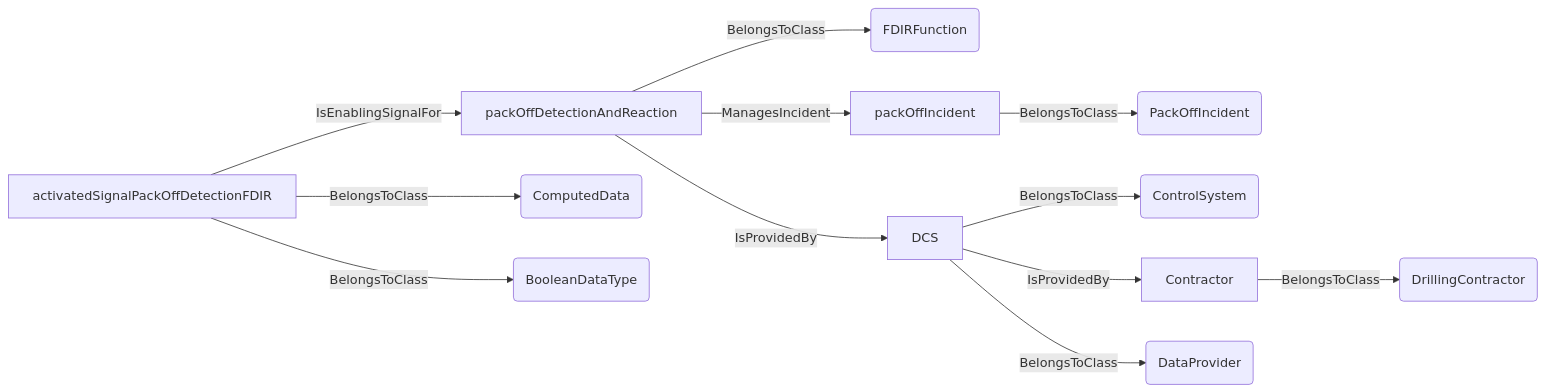
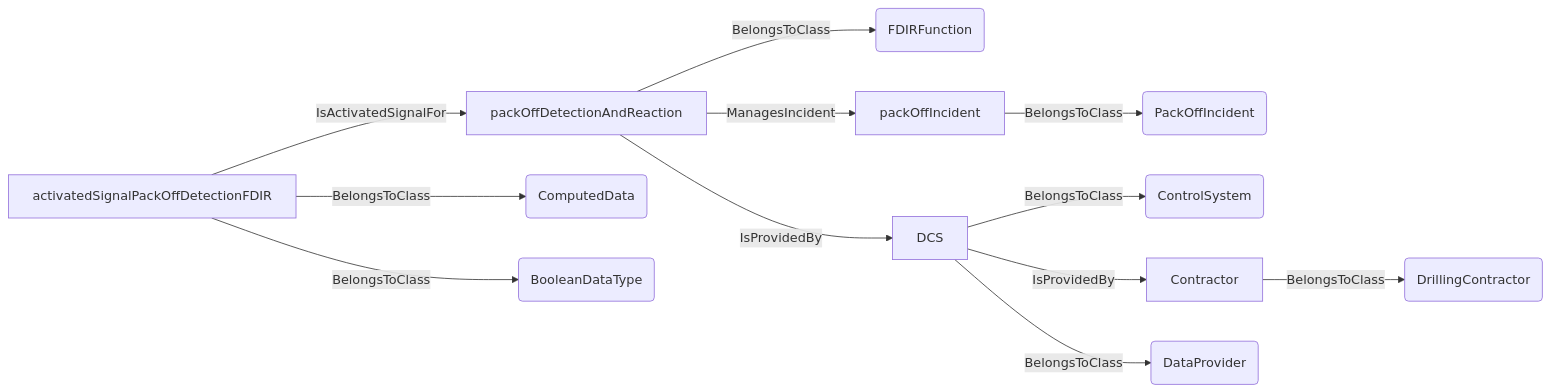
Before and after one commit to D-WIS/DDHub-Semantic-Interoperability: diagram 12 of 21 in docs/vocabulary_development/auto-generated/md/definition-files/ADCS.md, drawn with Mermaid. The commit also changed other lines of this file and 8 other files, not shown here.

````diff
--- a/docs/vocabulary_development/auto-generated/md/definition-files/ADCS.md
+++ b/docs/vocabulary_development/auto-generated/md/definition-files/ADCS.md
@@ -500,14 +500,14 @@
 ```mermaid
 graph LR
 	N0000[packOffDetectionAndReaction] -->|BelongsToClass| N0001(FDIRFunction) 
 	N0002[packOffIncident] -->|BelongsToClass| N0003(PackOffIncident) 
 	N0000[packOffDetectionAndReaction] -->|ManagesIncident| N0002[packOffIncident] 
 	N0004[DCS] -->|BelongsToClass| N0005(ControlSystem) 
 	N0006[Contractor] -->|BelongsToClass| N0007(DrillingContractor) 
 	N0004[DCS] -->|IsProvidedBy| N0006[Contractor] 
 	N0004[DCS] -->|BelongsToClass| N0008(DataProvider) 
 	N0000[packOffDetectionAndReaction] -->|IsProvidedBy| N0004[DCS] 
 	N0009[activatedSignalPackOffDetectionFDIR] -->|BelongsToClass| N0010(ComputedData) 
 	N0009[activatedSignalPackOffDetectionFDIR] -->|BelongsToClass| N0011(BooleanDataType) 
-	N0009[activatedSignalPackOffDetectionFDIR] -->|IsEnablingSignalFor| N0000[packOffDetectionAndReaction] 
+	N0009[activatedSignalPackOffDetectionFDIR] -->|IsActivatedSignalFor| N0000[packOffDetectionAndReaction] 
 ```
````
